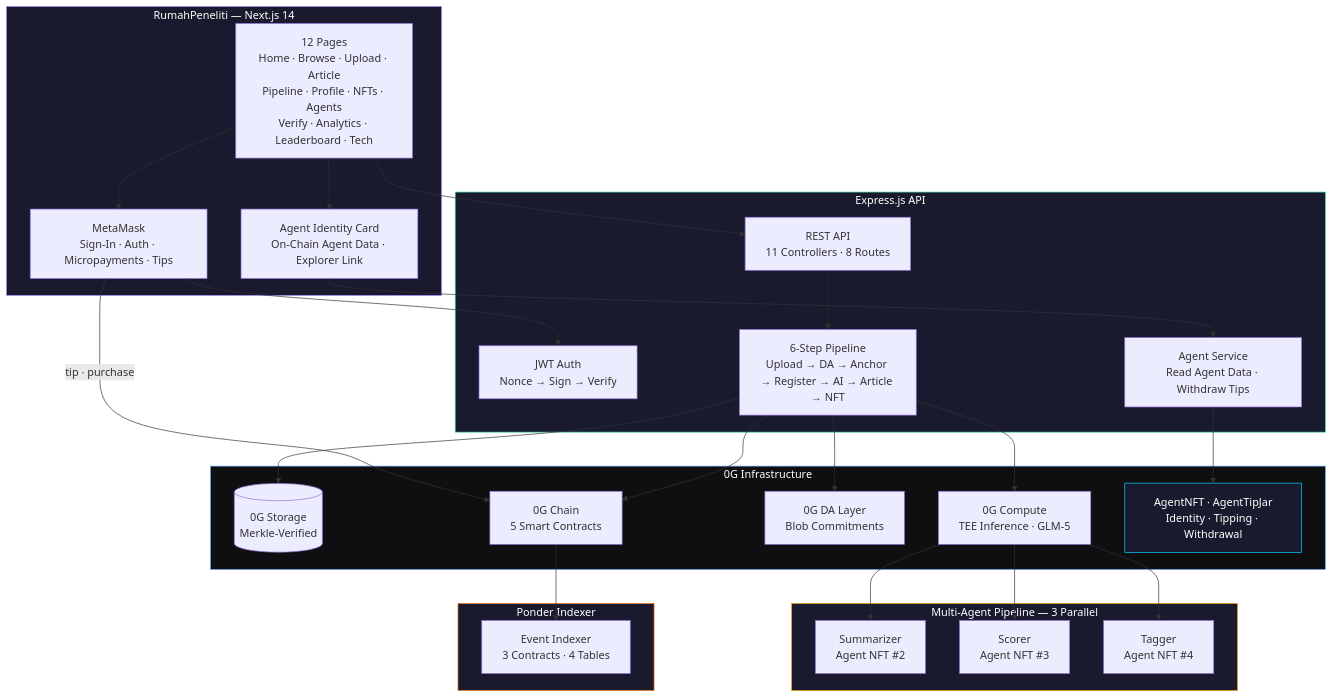
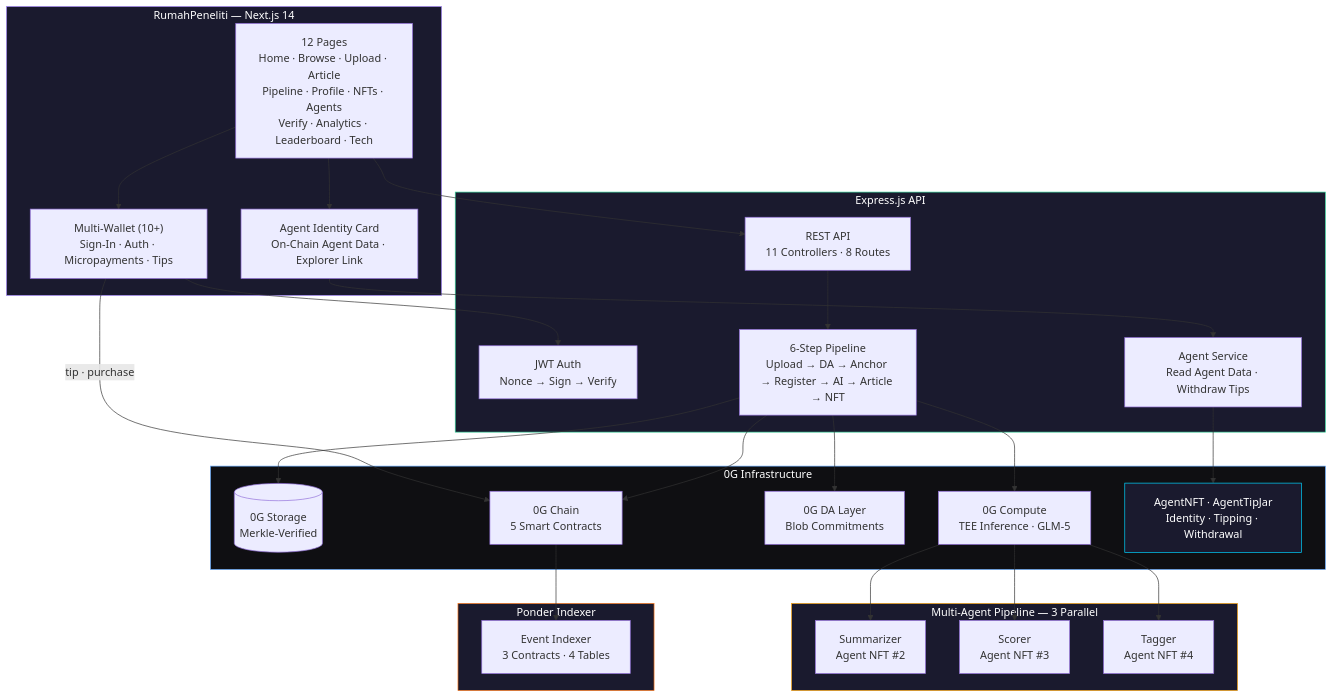
The first of 5 diagrams in README.md (dwlpra/rumah-peneliti), drawn with Mermaid before and after one commit. The commit also changed other lines of this file, not shown here.

Commit message:
fix: update wallet claim from MetaMask-only to multi-wallet (10+)

````diff
--- a/README.md
+++ b/README.md
@@ -170,57 +170,57 @@
 ```mermaid
 graph TB
     subgraph Frontend["RumahPeneliti — Next.js 14"]
         UI["12 Pages<br/>Home · Browse · Upload · Article<br/>Pipeline · Profile · NFTs · Agents<br/>Verify · Analytics · Leaderboard · Tech"]
-        Wallet["MetaMask<br/>Sign-In · Auth · Micropayments · Tips"]
+        Wallet["Multi-Wallet (10+)<br/>Sign-In · Auth · Micropayments · Tips"]
         AgentUI["Agent Identity Card<br/>On-Chain Agent Data · Explorer Link"]
     end
 
     subgraph Backend["Express.js API"]
         API["REST API<br/>11 Controllers · 8 Routes"]
         Auth["JWT Auth<br/>Nonce → Sign → Verify"]
         Pipeline["6-Step Pipeline<br/>Upload → DA → Anchor → Register → AI → Article → NFT"]
         AgentSvc["Agent Service<br/>Read Agent Data · Withdraw Tips"]
     end
 
     subgraph AI["Multi-Agent Pipeline — 3 Parallel"]
         Summarizer["Summarizer<br/>Agent NFT #2"]
         Scorer["Scorer<br/>Agent NFT #3"]
         Tagger["Tagger<br/>Agent NFT #4"]
     end
 
     subgraph ZeroG["0G Infrastructure"]
         Storage[("0G Storage<br/>Merkle-Verified")]
         Compute["0G Compute<br/>TEE Inference · GLM-5"]
         DA["0G DA Layer<br/>Blob Commitments"]
         Chain["0G Chain<br/>5 Smart Contracts"]
         AgentNFT["AgentNFT · AgentTipJar<br/>Identity · Tipping · Withdrawal"]
     end
 
     subgraph Indexer["Ponder Indexer"]
         Ponder["Event Indexer<br/>3 Contracts · 4 Tables"]
     end
 
     UI --> Wallet
     UI --> API
     UI --> AgentUI
     AgentUI --> AgentSvc
     AgentSvc --> AgentNFT
     Wallet --> Auth
     Wallet -->|"tip · purchase"| Chain
     API --> Pipeline
     Pipeline --> Storage
     Pipeline --> DA
     Pipeline --> Chain
     Pipeline --> Compute
     Compute --> Summarizer
     Compute --> Scorer
     Compute --> Tagger
     Chain --> Ponder
 
     style Frontend fill:#1a1a2e,stroke:#a78bfa,color:#fff
     style Backend fill:#1a1a2e,stroke:#34d399,color:#fff
     style AI fill:#1a1a2e,stroke:#f59e0b,color:#fff
     style ZeroG fill:#0f0f12,stroke:#60a5fa,color:#fff
     style Indexer fill:#1a1a2e,stroke:#f97316,color:#fff
     style AgentNFT fill:#1a1a2e,stroke:#00d4ff,color:#fff
 ```
````
